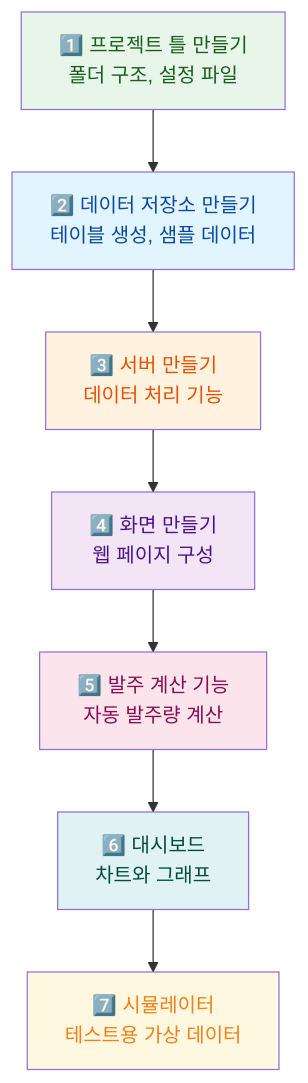
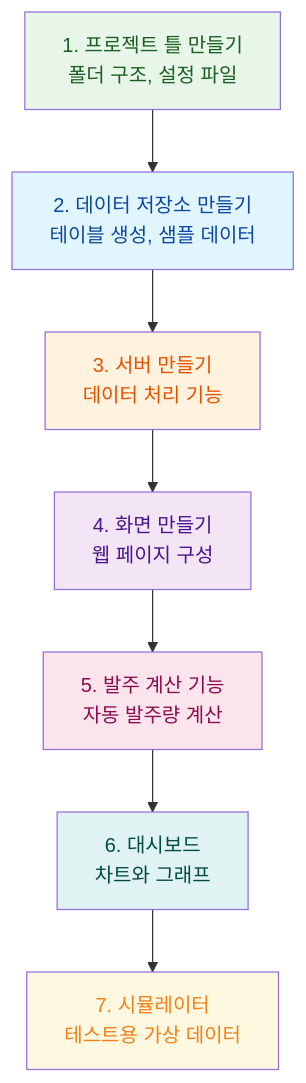
One commit to rornfdlek/kiro-workshop-gsretail-gitbook changed the diagram in module2-spec-development/tasks.md. Above: the diagram before and after it, drawn with Mermaid. The commit also changed 6 other files, not shown here.

First line of the commit message:
Fix Mermaid diagrams and SVG image sizing for GitBook

````diff
--- a/module2-spec-development/tasks.md
+++ b/module2-spec-development/tasks.md
@@ -27,17 +27,17 @@
 ```mermaid
 graph TD
-    T1["1️⃣ 프로젝트 틀 만들기\n폴더 구조, 설정 파일"] --> T2["2️⃣ 데이터 저장소 만들기\n테이블 생성, 샘플 데이터"]
-    T2 --> T3["3️⃣ 서버 만들기\n데이터 처리 기능"]
-    T3 --> T4["4️⃣ 화면 만들기\n웹 페이지 구성"]
-    T4 --> T5["5️⃣ 발주 계산 기능\n자동 발주량 계산"]
-    T5 --> T6["6️⃣ 대시보드\n차트와 그래프"]
-    T6 --> T7["7️⃣ 시뮬레이터\n테스트용 가상 데이터"]
+    T1["1. 프로젝트 틀 만들기\n폴더 구조, 설정 파일"] --> T2["2. 데이터 저장소 만들기\n테이블 생성, 샘플 데이터"]
+    T2 --> T3["3. 서버 만들기\n데이터 처리 기능"]
+    T3 --> T4["4. 화면 만들기\n웹 페이지 구성"]
+    T4 --> T5["5. 발주 계산 기능\n자동 발주량 계산"]
+    T5 --> T6["6. 대시보드\n차트와 그래프"]
+    T6 --> T7["7. 시뮬레이터\n테스트용 가상 데이터"]
 
     style T1 fill:#e8f5e9,color:#1b5e20
     style T2 fill:#e1f5fe,color:#0d47a1
     style T3 fill:#fff3e0,color:#e65100
     style T4 fill:#f3e5f5,color:#4a148c
     style T5 fill:#fce4ec,color:#880e4f
     style T6 fill:#e0f2f1,color:#004d40
     style T7 fill:#fff8e1,color:#f57f17
 ```
````
